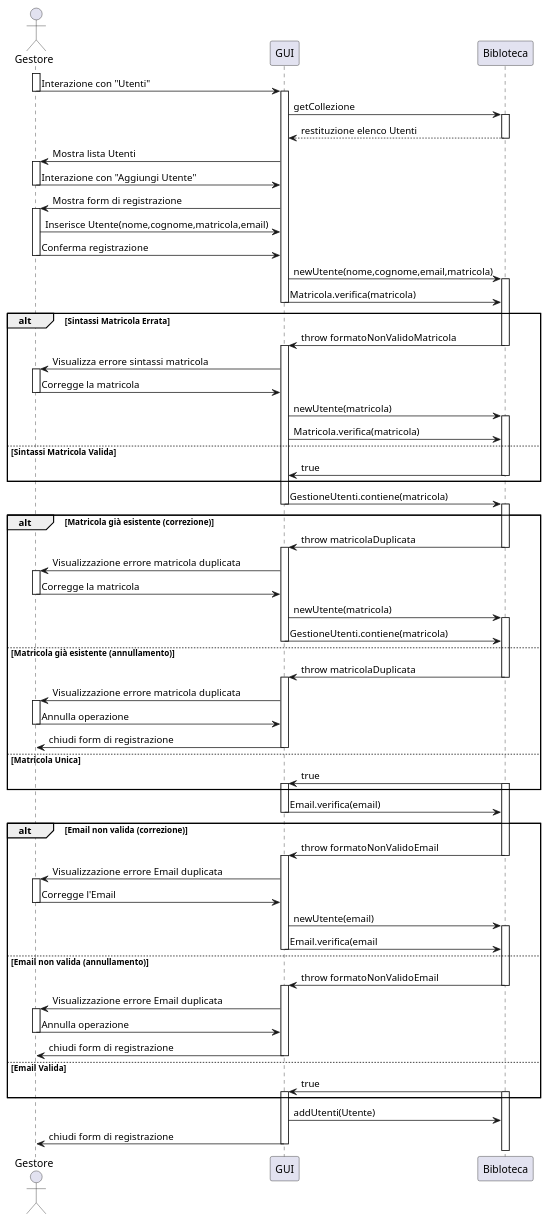
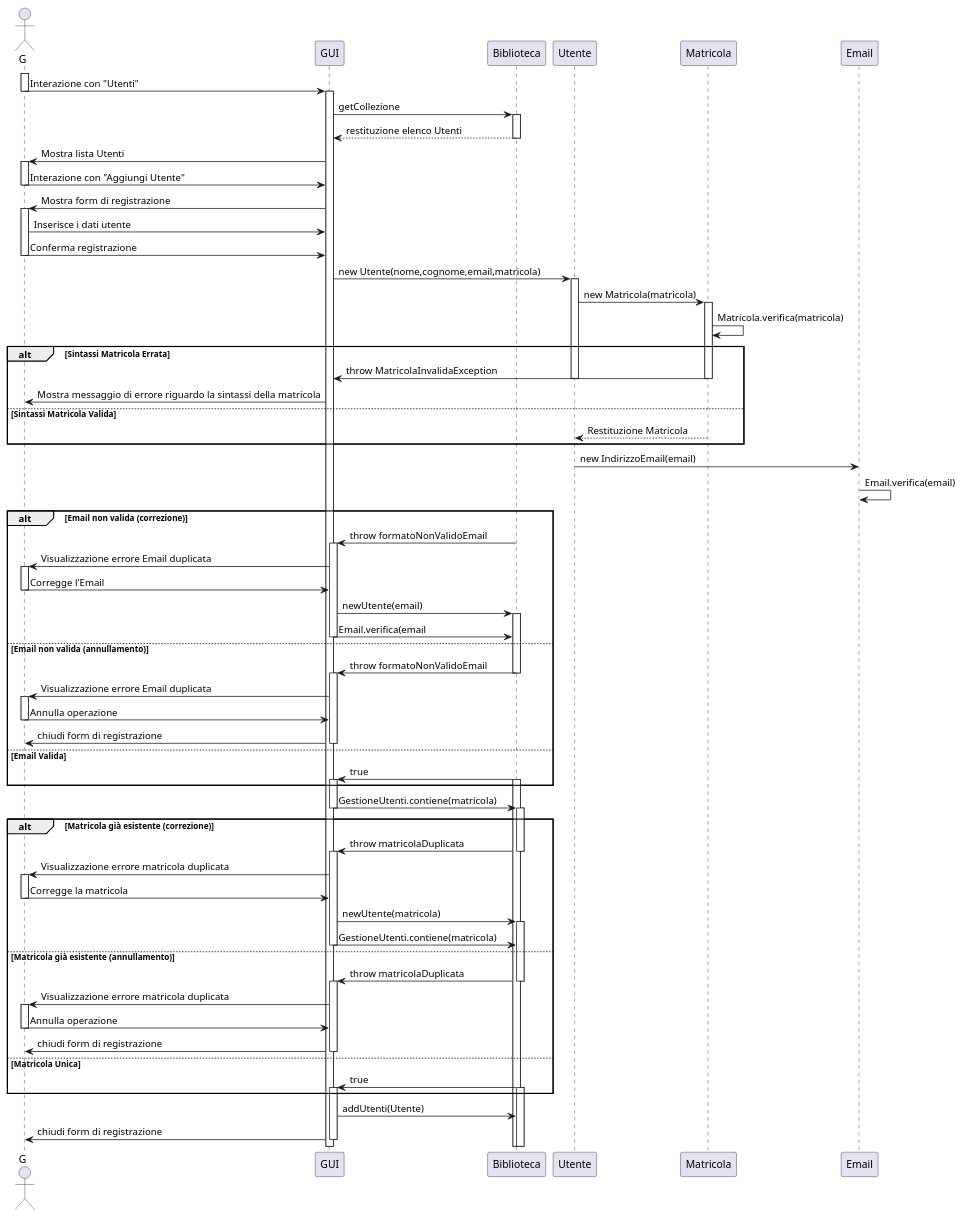
The diagram in docs/uml/UMLinserisciUtente.puml (Meziu/easylibrary), drawn with PlantUML before and after one commit. The commit also changed 3 other files, not shown here.

```diff
--- a/docs/uml/UMLinserisciUtente.puml
+++ b/docs/uml/UMLinserisciUtente.puml
@@ -1,155 +1,156 @@
 @startuml
-actor Gestore
+actor G as G
 participant "GUI" as UI
-participant "Bibloteca" as S
-activate Gestore
+participant "Biblioteca" as B
+participant "Utente" as U
+participant "Matricola" as M
+participant "Email" as E
+activate G
 ' ----- Inizio -----
 
-Gestore -> UI : Interazione con "Utenti"
-deactivate Gestore
+G -> UI : Interazione con "Utenti"
+deactivate G
 activate UI
-UI -> S : getCollezione
-activate S
-S --> UI : restituzione elenco Utenti
-deactivate S
-UI -> Gestore : Mostra lista Utenti
-activate Gestore
+UI -> B : getCollezione
+activate B
+B --> UI : restituzione elenco Utenti
+deactivate B
+UI -> G : Mostra lista Utenti
+activate G
 
-Gestore -> UI : Interazione con "Aggiungi Utente"
-deactivate Gestore
+G -> UI : Interazione con "Aggiungi Utente"
+deactivate G
 
-UI -> Gestore : Mostra form di registrazione  
+UI -> G : Mostra form di registrazione
 
-activate Gestore
-Gestore -> UI : Inserisce Utente(nome,cognome,matricola,email)
-Gestore -> UI : Conferma registrazione
-deactivate Gestore
+activate G
+G -> UI : Inserisce i dati utente
+G -> UI : Conferma registrazione
+deactivate G
 
 ' ----- Invio dati a Sistema -----
-UI -> S : newUtente(nome,cognome,email,matricola)
+UI -> U : new Utente(nome,cognome,email,matricola)
 
-activate S
-UI -> S : Matricola.verifica(matricola)
-deactivate UI
+activate U
+U -> M : new Matricola(matricola)
+activate M
+M -> M : Matricola.verifica(matricola)
+'deactivate UI
 
 ' ----- Controllo Sintassi Matricola -----
 alt Sintassi Matricola Errata
-S -> UI : throw formatoNonValidoMatricola
-deactivate S
+    M -> UI : throw MatricolaInvalidaException
+    deactivate M
+    deactivate U
+    'activate UI
+    UI -> G : Mostra messaggio di errore riguardo la sintassi della matricola
+
+    else Sintassi Matricola Valida
+    M --> U : Restituzione Matricola
+    deactivate M
+end
+
+' ----- Controllo Email -----
+
+U -> E : new IndirizzoEmail(email)
+E -> E : Email.verifica(email)
+
+alt Email non valida (correzione)
+    B -> UI : throw formatoNonValidoEmail
+    deactivate B
+    activate UI
+
+    UI -> G : Visualizzazione errore Email duplicata
+
+    activate G
+    G -> UI : Corregge l'Email
+    deactivate G
+
+
+    UI -> B : newUtente(email)
+
+    activate B
+    UI -> B : Email.verifica(email
+
+    deactivate UI
+else Email non valida (annullamento)
+    B -> UI : throw formatoNonValidoEmail
+    deactivate B
+
+    activate UI
+    UI -> G : Visualizzazione errore Email duplicata
+
+
+    activate G
+    G -> UI : Annulla operazione
+    deactivate G
+
+
+    UI -> G : chiudi form di registrazione
+deactivate UI
+
+else Email Valida
+B -> UI : true
 activate UI
-UI -> Gestore : Visualizza errore sintassi matricola
-activate Gestore
-Gestore -> UI : Corregge la matricola
-deactivate Gestore
-UI -> S : newUtente(matricola)
-activate S
-UI -> S : Matricola.verifica(matricola)
+activate B
 
-else Sintassi Matricola Valida
-S -> UI : true
-deactivate S
 end
 
 ' ----- Controllo Matricola -----
-UI -> S : GestioneUtenti.contiene(matricola)
+UI -> B : GestioneUtenti.contiene(matricola)
 deactivate UI
-activate S
+activate B
 alt Matricola già esistente (correzione)
 
-    S -> UI : throw matricolaDuplicata
-    deactivate S    
+    B -> UI : throw matricolaDuplicata
+    deactivate B
     activate UI
 
-    
-    UI -> Gestore : Visualizzazione errore matricola duplicata
-    
 
-    activate Gestore
-    Gestore -> UI : Corregge la matricola
-    deactivate Gestore
+    UI -> G : Visualizzazione errore matricola duplicata
 
 
-    UI -> S : newUtente(matricola)
+    activate G
+    G -> UI : Corregge la matricola
+    deactivate G
 
 
-    activate S
-    UI -> S : GestioneUtenti.contiene(matricola)
+    UI -> B : newUtente(matricola)
+
+
+    activate B
+    UI -> B : GestioneUtenti.contiene(matricola)
     deactivate UI
 
 
 else Matricola già esistente (annullamento)
 
-    S -> UI : throw matricolaDuplicata
-    deactivate S
+    B -> UI : throw matricolaDuplicata
+    deactivate B
 
     activate UI
-    UI -> Gestore : Visualizzazione errore matricola duplicata
+    UI -> G : Visualizzazione errore matricola duplicata
 
 
-    activate Gestore
-    Gestore -> UI : Annulla operazione
-    deactivate Gestore
+    activate G
+    G -> UI : Annulla operazione
+    deactivate G
 
 
-    UI -> Gestore : chiudi form di registrazione
+    UI -> G : chiudi form di registrazione
 deactivate UI
 else Matricola Unica
 
-S -> UI : true
+B -> UI : true
 activate UI
-activate S
-
-end
-' ----- Controllo Email -----
-
-UI -> S : Email.verifica(email)
-
-    deactivate UI
-alt Email non valida (correzione)
-    S -> UI : throw formatoNonValidoEmail
-    deactivate S    
-    activate UI
-
-    UI -> Gestore : Visualizzazione errore Email duplicata
-
-    activate Gestore
-    Gestore -> UI : Corregge l'Email
-    deactivate Gestore
-
-
-    UI -> S : newUtente(email)
-
-    activate S
-    UI -> S : Email.verifica(email
-
-    deactivate UI
-else Email non valida (annullamento)
-    S -> UI : throw formatoNonValidoEmail
-    deactivate S
-
-    activate UI
-    UI -> Gestore : Visualizzazione errore Email duplicata
-
-
-    activate Gestore
-    Gestore -> UI : Annulla operazione
-    deactivate Gestore
-
-
-    UI -> Gestore : chiudi form di registrazione
-deactivate UI
-
-else Email Valida
-S -> UI : true
-activate UI
-activate S
+activate B
 
 end
 
 ' ----- Conclusione -----
 
-UI -> S : addUtenti(Utente)
+UI -> B : addUtenti(Utente)
 
-UI -> Gestore : chiudi form di registrazione
+UI -> G : chiudi form di registrazione
 deactivate UI
 @enduml
```
